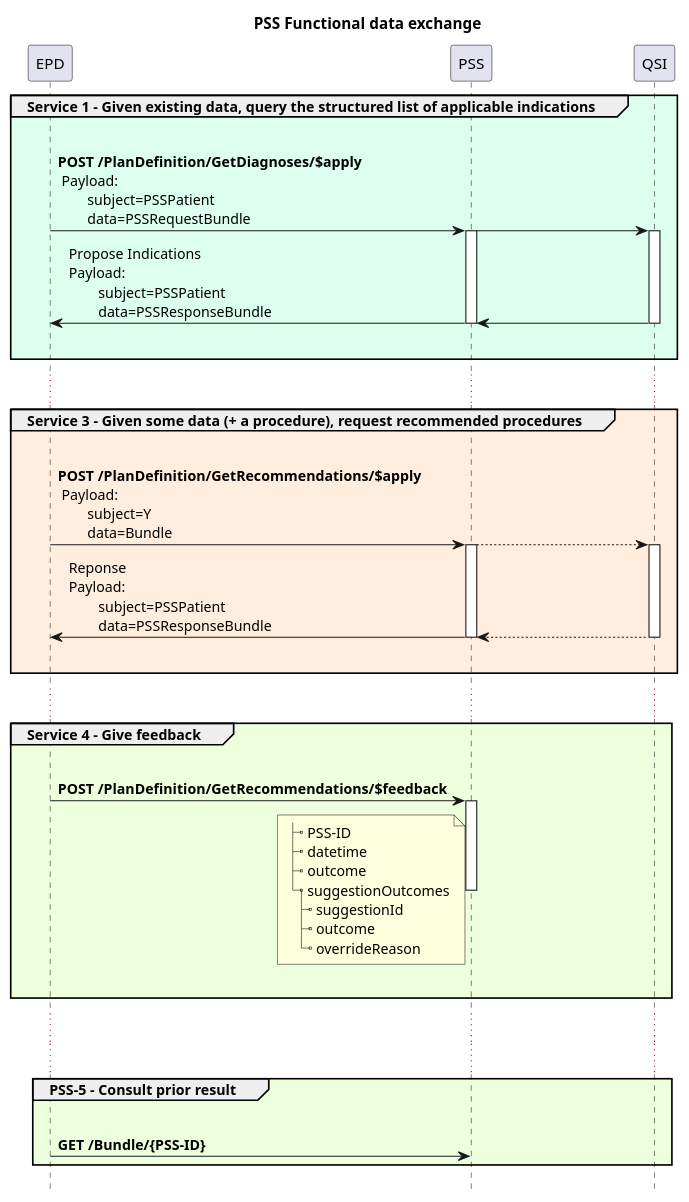
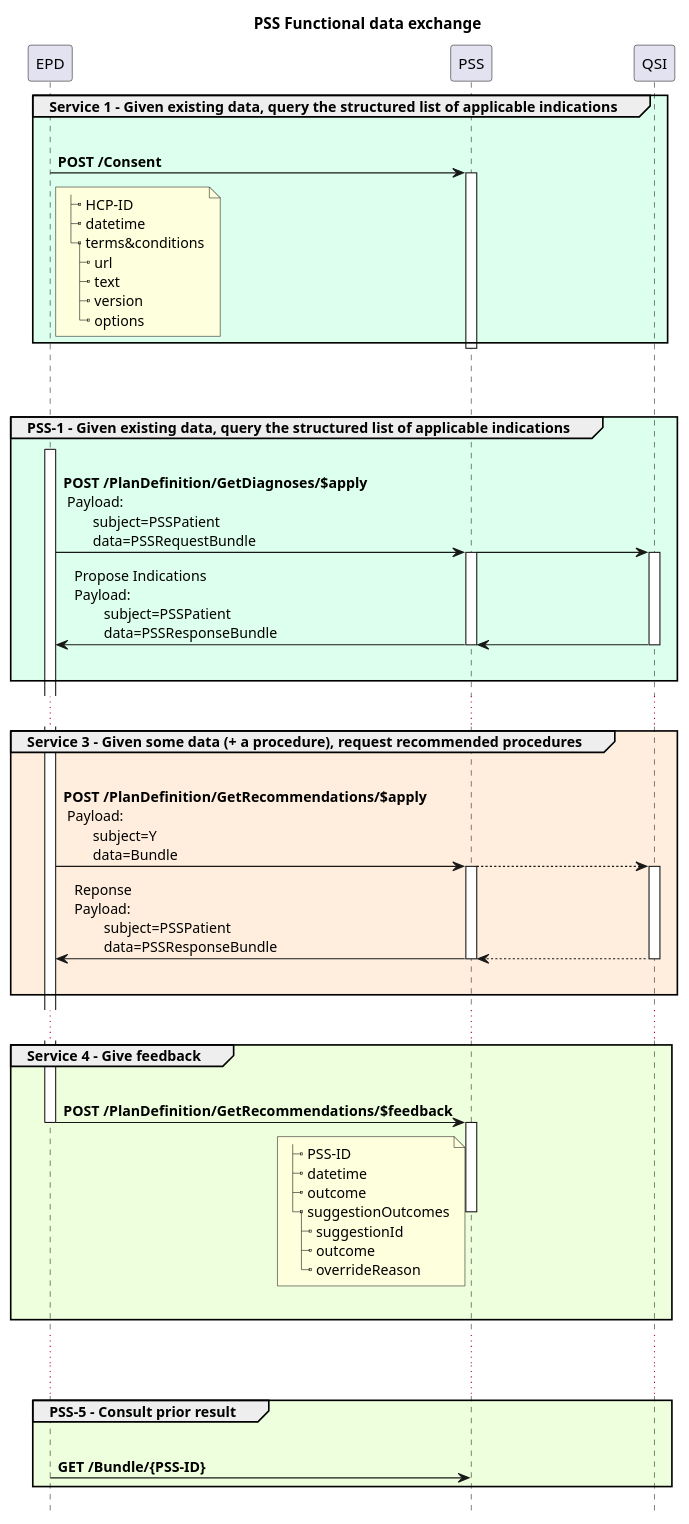
Before and after one commit to hl7-be/pss: the diagram in input/images-source/pss-flow-radiology.plantuml, drawn with PlantUML. The commit also changed 3 other files, not shown here.

```diff
--- a/input/images-source/pss-flow-radiology.plantuml
+++ b/input/images-source/pss-flow-radiology.plantuml
@@ -1,67 +1,85 @@
 @startuml
 !pragma teoz true
 Title PSS Functional data exchange
 hide footbox
 
 group #DFE Service 1 - Given existing data, query the structured list of applicable indications
+        EPD -> PSS : \n**POST /Consent**
+        activate PSS
+        note right of EPD
+|_ HCP-ID
+|_ datetime
+|_ terms&conditions
+  |_ url
+  |_ text
+  |_ version
+  |_ options
+        end note
+        deactivate EPD
+        deactivate PSS
+end
+|||
+|||
+group #DFE PSS-1 - Given existing data, query the structured list of applicable indications
+        activate EPD
         EPD -> PSS : \n**POST /PlanDefinition/GetDiagnoses/$apply**\n Payload:\n        subject=PSSPatient\n        data=PSSRequestBundle
         & PSS -> QSI 
         & PSS -[hidden]-> QSI : "                                      "
         'PSS -> QSI : GET /indictions
 
         activate PSS
         activate QSI
         QSI -> PSS 
         & PSS -> EPD: Propose Indications \nPayload:\n        subject=PSSPatient\n        data=PSSResponseBundle
         deactivate PSS
         deactivate QSI
         |||
 end
 
 ...
 group #fed Service 3 - Given some data (+ a procedure), request recommended procedures
         EPD -> PSS : \n**POST /PlanDefinition/GetRecommendations/$apply**\n Payload:\n        subject=Y\n        data=Bundle
         & PSS --> QSI 
         & PSS -[hidden]-> QSI : "                                      "
 
         activate PSS
         activate QSI
         QSI --> PSS 
         & PSS -> EPD: Reponse\nPayload:\n        subject=PSSPatient\n        data=PSSResponseBundle
         deactivate PSS
         deactivate QSI
         |||
 
 end
 ...
 group #efd Service 4 - Give feedback
         EPD -> PSS : \n**POST /PlanDefinition/GetRecommendations/$feedback**
         note left of PSS
 |_ PSS-ID
 |_ datetime
 |_ outcome
 |_ suggestionOutcomes
   |_ suggestionId
   |_ outcome
   |_ overrideReason
         end note
         deactivate EPD
         activate PSS
         & PSS -[hidden]-> QSI : "                                      "
         deactivate PSS
         |||
 
 end
 
 ...
 ...
 
 group #efd PSS-5 - Consult prior result
         EPD -> PSS : \n**GET /Bundle/{PSS-ID}**
         & PSS -[hidden]-> QSI : "                                      "
 '        activate EPD
 end
 
 
 
 @enduml
```
